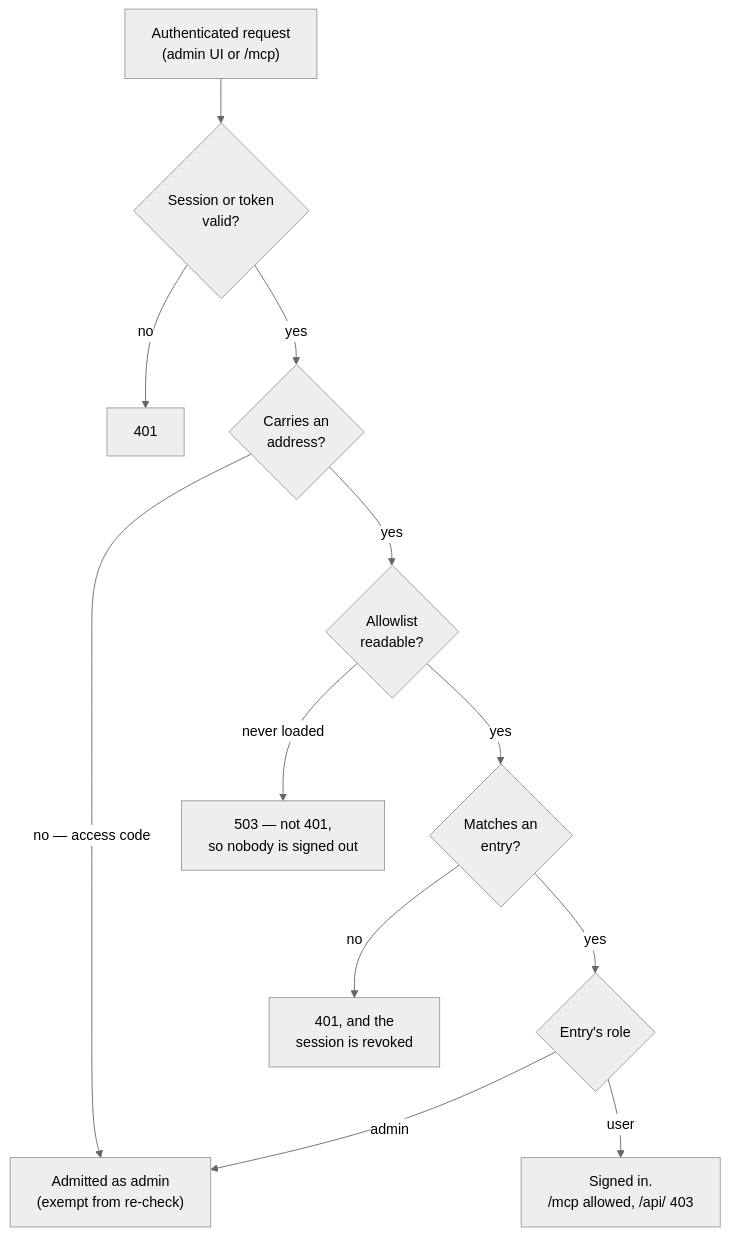
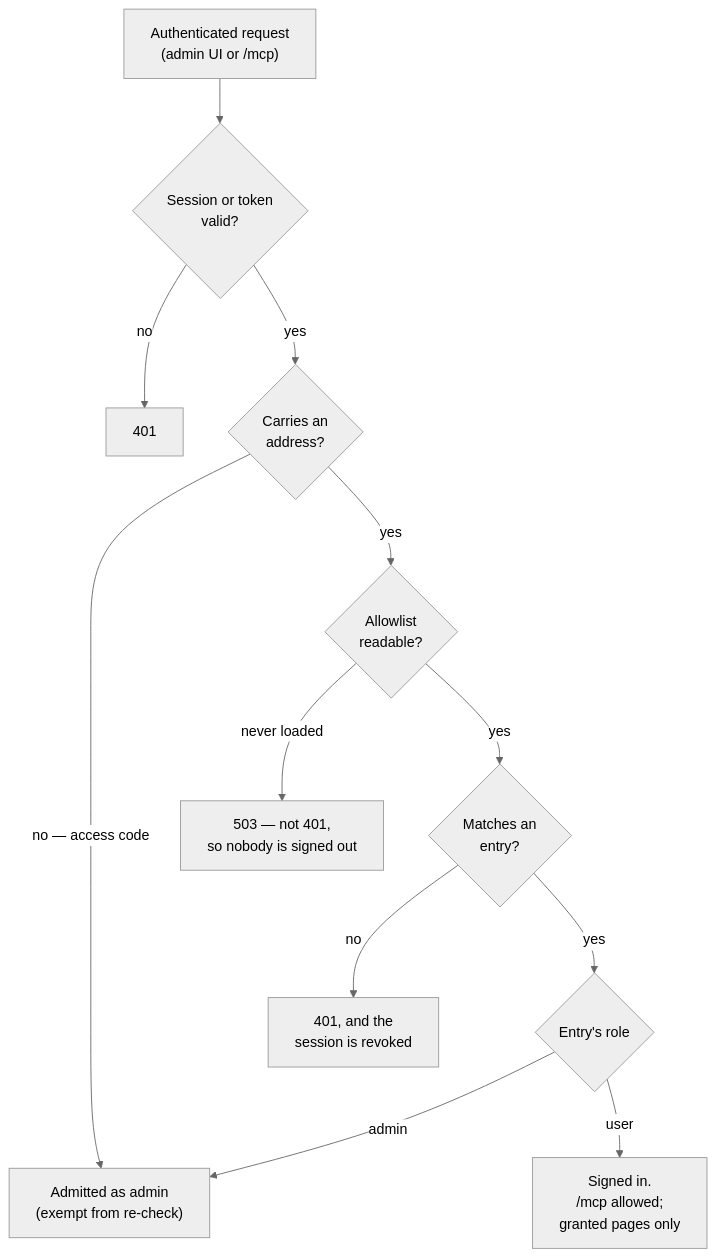
Before and after one commit to BuildDownAI/AI-Implement: the diagram in docs/access-model.md, drawn with Mermaid (neutral theme). The commit also changed other lines of this file and 3 other files, not shown here.

````diff
--- a/docs/access-model.md
+++ b/docs/access-model.md
@@ -35,14 +35,14 @@
 ```mermaid
 flowchart TD
     R["Authenticated request<br/>(admin UI or /mcp)"] --> S{"Session or token<br/>valid?"}
     S -- no --> U["401"]
     S -- yes --> A{"Carries an<br/>address?"}
     A -- "no — access code" --> ADM["Admitted as admin<br/>(exempt from re-check)"]
     A -- yes --> L{"Allowlist<br/>readable?"}
     L -- "never loaded" --> E["503 — not 401,<br/>so nobody is signed out"]
     L -- yes --> M{"Matches an<br/>entry?"}
     M -- no --> D["401, and the<br/>session is revoked"]
     M -- yes --> R2{"Entry's role"}
     R2 -- admin --> ADM
-    R2 -- user --> USR["Signed in.<br/>/mcp allowed, /api/ 403"]
+    R2 -- user --> USR["Signed in.<br/>/mcp allowed;<br/>granted pages only"]
 ```
````
